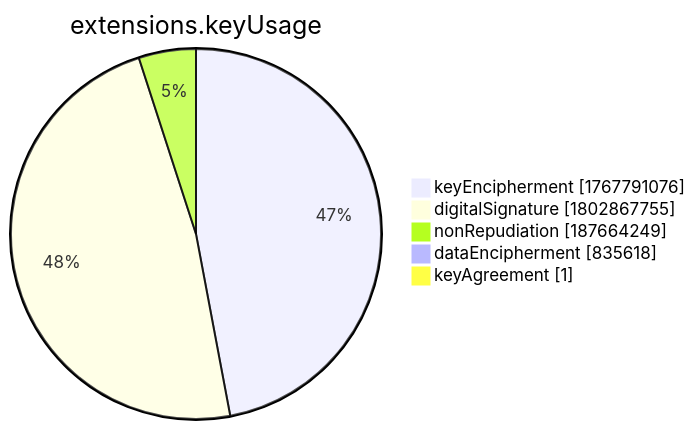
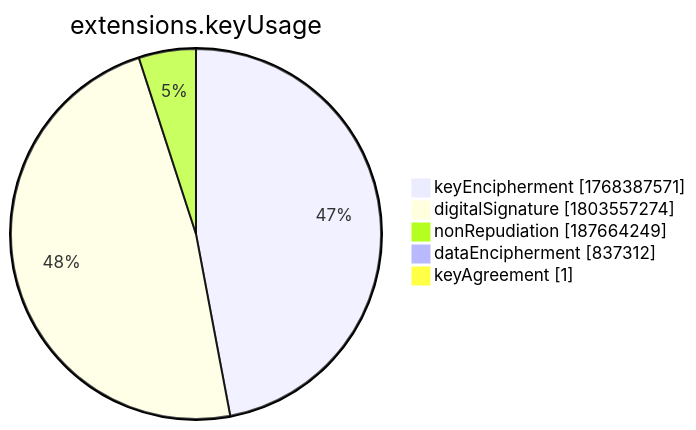
One commit to christiankrug/ctmonitor_visualization changed the seventh of 15 diagrams in xenon2022/README.md. Above: the diagram before and after it, drawn with Mermaid. The commit also changed other lines of this file, not shown here.

````diff
--- a/xenon2022/README.md
+++ b/xenon2022/README.md
@@ -2859,9 +2859,9 @@
 ```mermaid
 pie showData
 title extensions.keyUsage
-"keyEncipherment" :1767791076
-"digitalSignature" :1802867755
+"keyEncipherment" :1768387571
+"digitalSignature" :1803557274
 "nonRepudiation" :187664249
-"dataEncipherment" :835618
+"dataEncipherment" :837312
 "keyAgreement" :1
 ```
````
